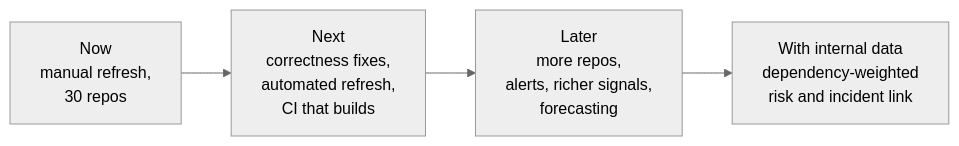
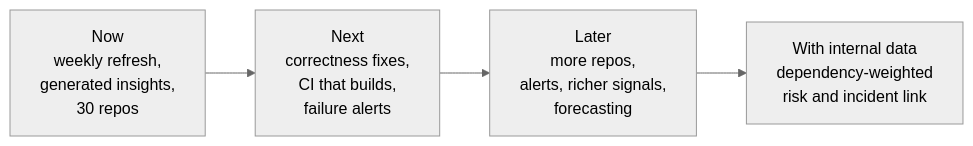
The fourth of 4 diagrams in README.md (Ubed23/oss-ecosystem-intelligence), drawn with Mermaid (neutral theme) before and after one commit. The commit also changed other lines of this file, not shown here.

Commit message:
Update README: weekly automated pipeline and generated Key Insights

````diff
--- a/README.md
+++ b/README.md
@@ -441,6 +470,6 @@
 ```mermaid
 flowchart LR
-    N["Now<br/>manual refresh,<br/>30 repos"] --> A["Next<br/>correctness fixes,<br/>automated refresh,<br/>CI that builds"]
+    N["Now<br/>weekly refresh,<br/>generated insights,<br/>30 repos"] --> A["Next<br/>correctness fixes,<br/>CI that builds,<br/>failure alerts"]
     A --> B["Later<br/>more repos,<br/>alerts, richer signals,<br/>forecasting"]
     B --> C["With internal data<br/>dependency-weighted<br/>risk and incident link"]
 ```
````
